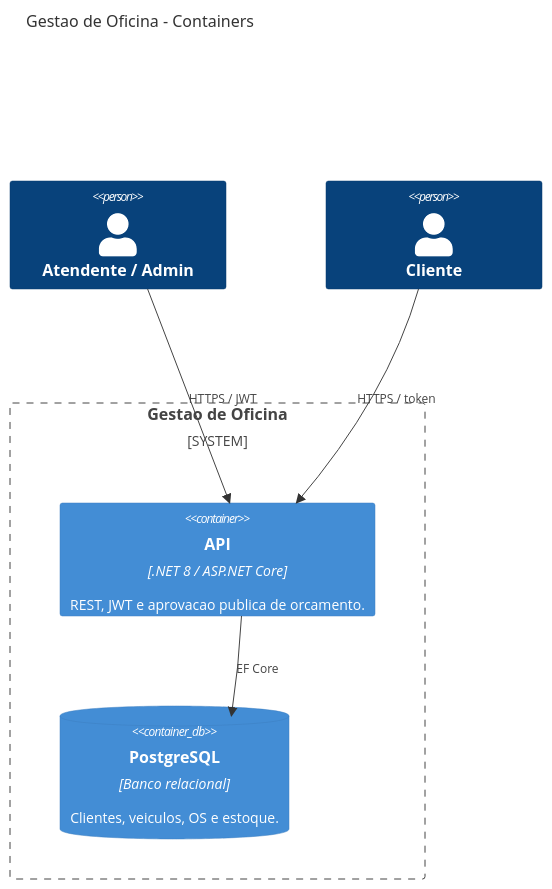
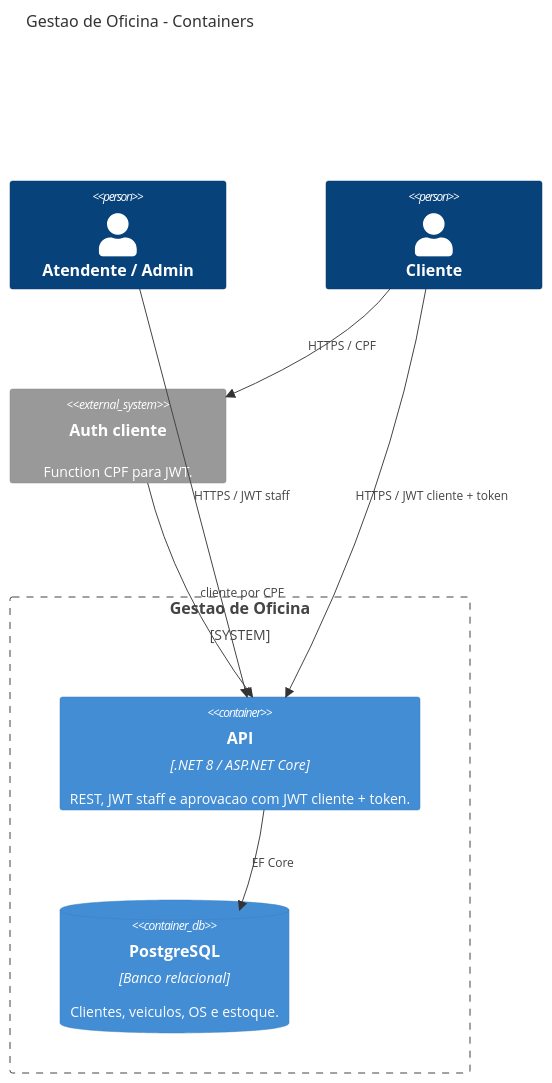
One commit to fiap-vcosta/api changed the second of 4 diagrams in README.md. Above: the diagram before and after it, drawn with Mermaid. The commit also changed other lines of this file and 9 other files, not shown here.

````diff
--- a/README.md
+++ b/README.md
@@ -24,16 +27,19 @@
 ```mermaid
 C4Container
 title Gestao de Oficina - Containers
 
 Person(admin, "Atendente / Admin", "")
 Person(cliente, "Cliente", "")
 
 System_Boundary(oficina, "Gestao de Oficina") {
-    Container(api, "API", ".NET 8 / ASP.NET Core", "REST, JWT e aprovacao publica de orcamento.")
+    Container(api, "API", ".NET 8 / ASP.NET Core", "REST, JWT staff e aprovacao com JWT cliente + token.")
     ContainerDb(db, "PostgreSQL", "Banco relacional", "Clientes, veiculos, OS e estoque.")
 }
+System_Ext(authFn, "Auth cliente", "Function CPF para JWT.")
 
-Rel(admin, api, "HTTPS / JWT")
-Rel(cliente, api, "HTTPS / token")
+Rel(admin, api, "HTTPS / JWT staff")
+Rel(cliente, authFn, "HTTPS / CPF")
+Rel(authFn, api, "cliente por CPF")
+Rel(cliente, api, "HTTPS / JWT cliente + token")
 Rel(api, db, "EF Core")
 ```
````
